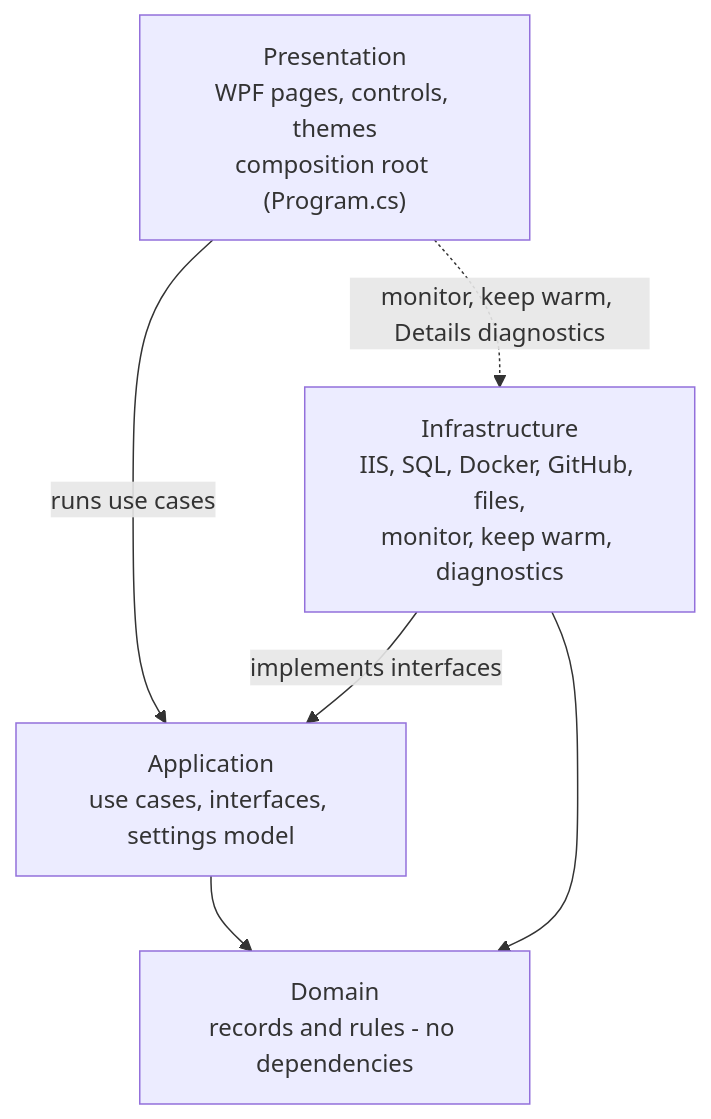
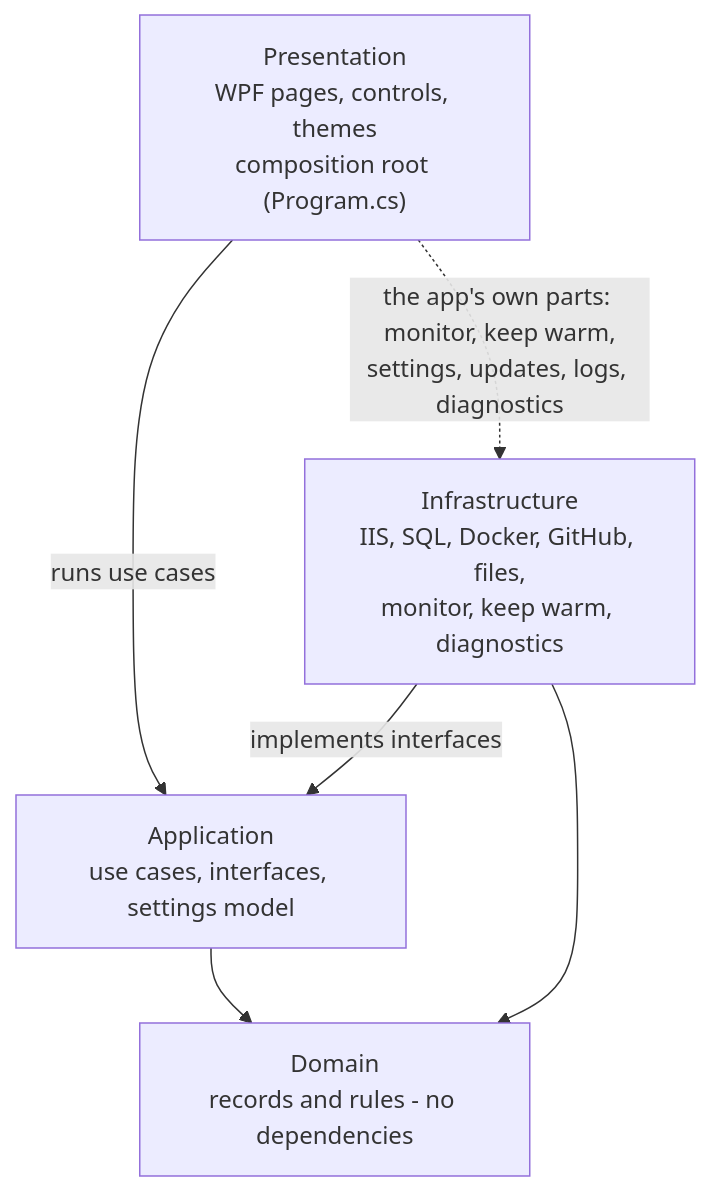
One commit to Albadit/DnnManager.NET changed the first of 4 diagrams in .docs/architecture.md. Above: the diagram before and after it, drawn with Mermaid. The commit also changed other lines of this file and 190 other files, not shown here.

````diff
--- a/.docs/architecture.md
+++ b/.docs/architecture.md
@@ -23,12 +23,12 @@
 ```mermaid
 flowchart TD
     P["Presentation<br/>WPF pages, controls, themes<br/>composition root (Program.cs)"]
     A["Application<br/>use cases, interfaces, settings model"]
     I["Infrastructure<br/>IIS, SQL, Docker, GitHub, files,<br/>monitor, keep warm, diagnostics"]
     D["Domain<br/>records and rules - no dependencies"]
     P -->|runs use cases| A
-    P -.->|monitor, keep warm, Details diagnostics| I
+    P -.->|the app's own parts: monitor, keep warm,<br/>settings, updates, logs, diagnostics| I
     I -->|implements interfaces| A
     A --> D
     I --> D
 ```
````
